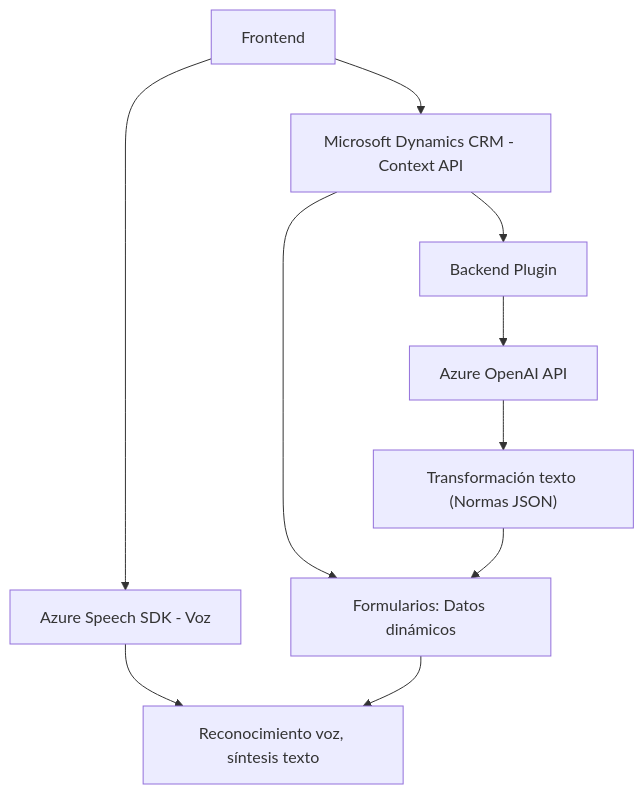
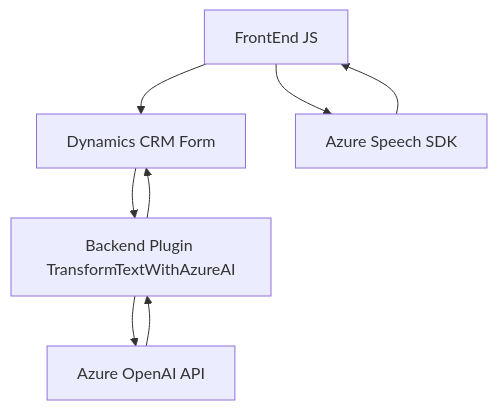
Before and after one commit to blopezdm/NETCORE_BILBAO2025: the diagram in README.md, drawn with Mermaid. The commit also changed other lines of this file, not shown here.

````diff
--- a/README.md
+++ b/README.md
@@ -51,15 +52,16 @@
 ```mermaid
 graph TD
-    A["Frontend"] --> B["Azure Speech SDK - Voz"]
-    A --> C["Microsoft Dynamics CRM - Context API"]
+    A["FrontEnd JS"]
+    B["Backend Plugin TransformTextWithAzureAI"]
+    C["Dynamics CRM Form"]
+    D["Azure Speech SDK"]
+    E["Azure OpenAI API"]
 
-    C --> D["Backend Plugin"]
-    D --> E["Azure OpenAI API"]
-
-    B --> F["Reconocimiento voz, síntesis texto"]
-    C --> G["Formularios: Datos dinámicos"]
-    E --> H["Transformación texto (Normas JSON)"]
-    
-    G --> F
-    H --> G
+    A --> C
+    A --> D
+    C --> B
+    B --> E
+    B --> C
+    D --> A
+    E --> B
 ```
````
